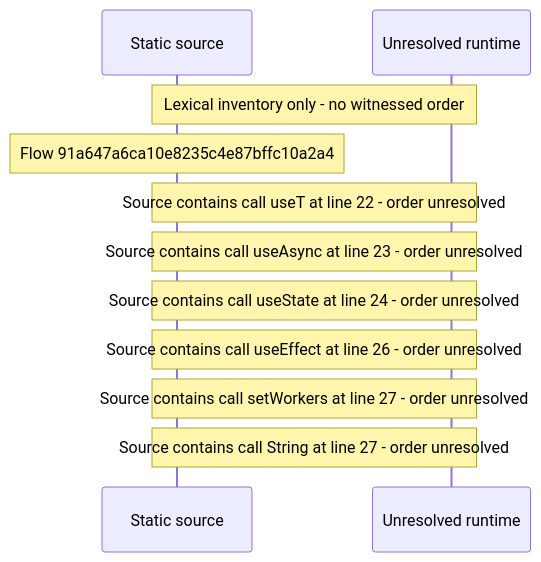
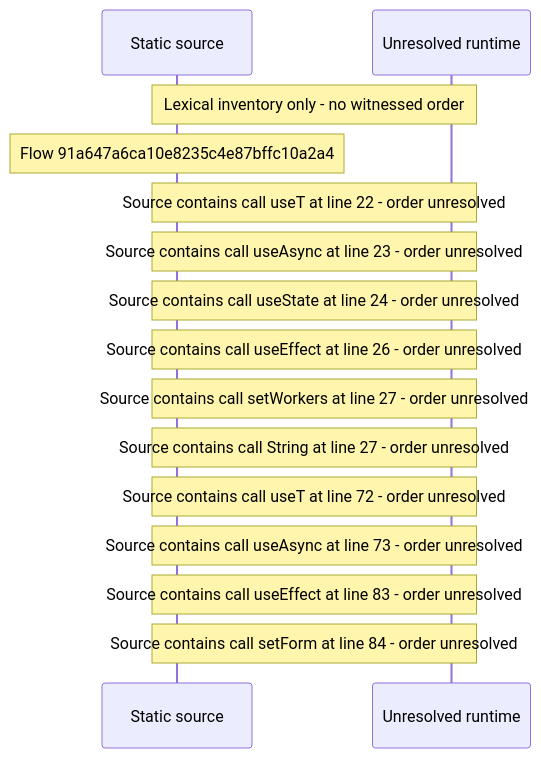
One commit to beamfall/core changed the diagram in docs/web/flows/generated/91a647a6ca10e8235c4e87bffc10a2a4/flow-diagram.md. Above: the diagram before and after it, drawn with Mermaid. The commit also changed other lines of this file and 699 other files, not shown here.

Commit message:
Regenerate the web flow record with flow generator version 5

````diff
--- a/docs/web/flows/generated/91a647a6ca10e8235c4e87bffc10a2a4/flow-diagram.md
+++ b/docs/web/flows/generated/91a647a6ca10e8235c4e87bffc10a2a4/flow-diagram.md
@@ -10,13 +10,17 @@
 ```mermaid
 sequenceDiagram
     participant S as Static source
     participant U as Unresolved runtime
     Note over S,U: Lexical inventory only - no witnessed order
     Note over S: Flow 91a647a6ca10e8235c4e87bffc10a2a4
     Note over S,U: Source contains call useT at line 22 - order unresolved
     Note over S,U: Source contains call useAsync at line 23 - order unresolved
     Note over S,U: Source contains call useState at line 24 - order unresolved
     Note over S,U: Source contains call useEffect at line 26 - order unresolved
     Note over S,U: Source contains call setWorkers at line 27 - order unresolved
     Note over S,U: Source contains call String at line 27 - order unresolved
+    Note over S,U: Source contains call useT at line 72 - order unresolved
+    Note over S,U: Source contains call useAsync at line 73 - order unresolved
+    Note over S,U: Source contains call useEffect at line 83 - order unresolved
+    Note over S,U: Source contains call setForm at line 84 - order unresolved
 ```
````
